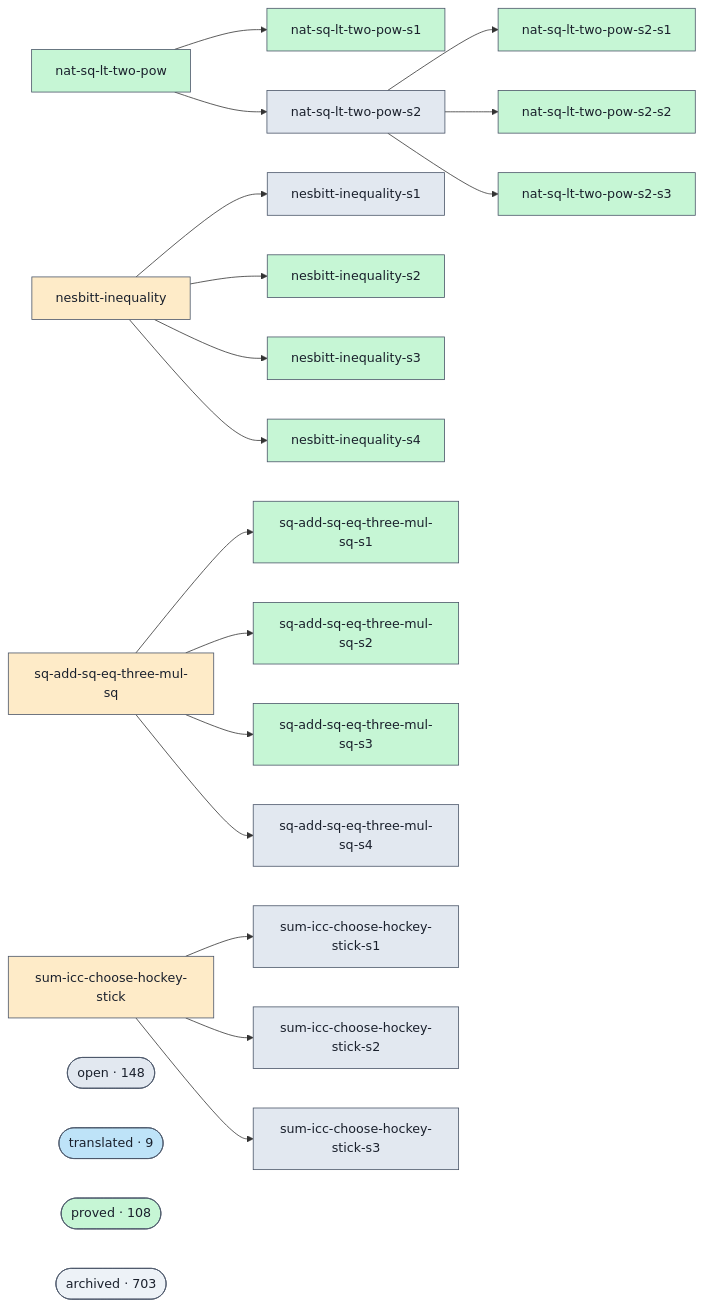
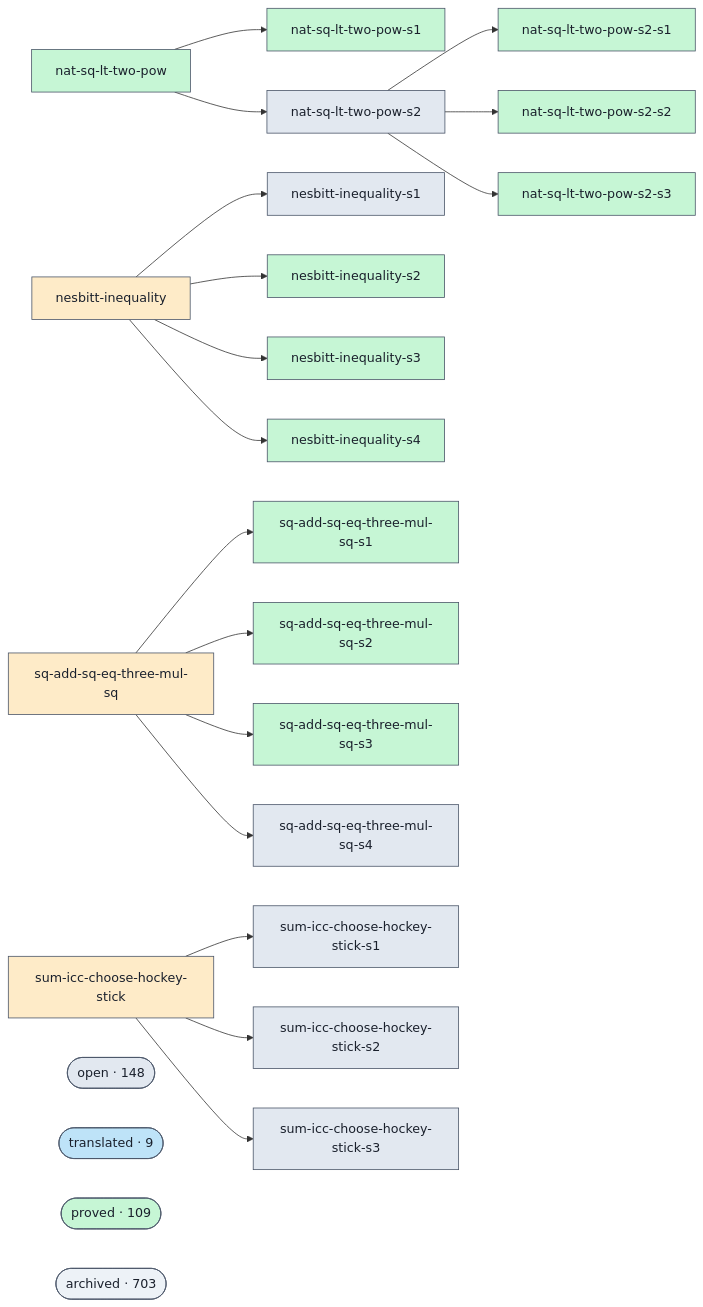
One commit to ohdearquant/unsorry changed the diagram in docs/proofs-contributors-visualisation.md. Above: the diagram before and after it, drawn with Mermaid. The commit also changed other lines of this file and 2 other files, not shown here.

```diff
--- a/docs/proofs-contributors-visualisation.md
+++ b/docs/proofs-contributors-visualisation.md
@@ -102,7 +102,7 @@
   class cluster_open open;
   cluster_translated(["translated · 9"])
   class cluster_translated translated;
-  cluster_proved(["proved · 108"])
+  cluster_proved(["proved · 109"])
   class cluster_proved proved;
   cluster_archived(["archived · 703"])
   class cluster_archived unknown;
```
